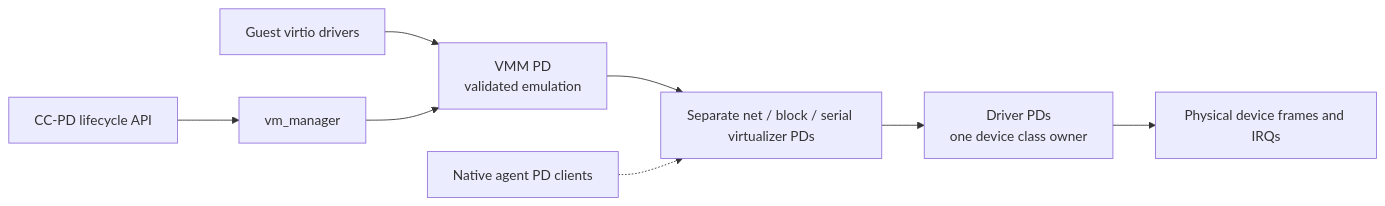
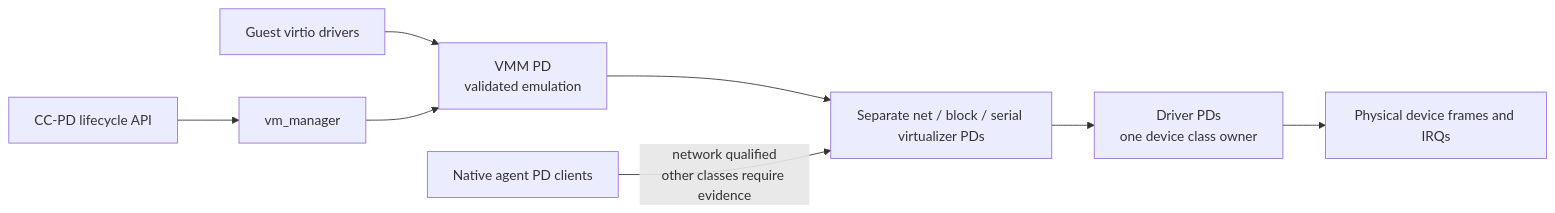
One commit to jordanhubbard/agentos changed the second of 2 diagrams in docs/security-architecture.md. Above: the diagram before and after it, drawn with Mermaid. The commit also changed other lines of this file and 2 other files, not shown here.

First line of the commit message:
docs: show qualified native clients in security architecture

````diff
--- a/docs/security-architecture.md
+++ b/docs/security-architecture.md
@@ -118,10 +122,10 @@
 ```mermaid
 flowchart LR
   guest[Guest virtio drivers] --> vmm[VMM PD<br/>validated emulation]
   vmm --> mux[Separate net / block / serial virtualizer PDs]
-  native[Native agent PD clients] -.-> mux
+  native[Native agent PD clients] -->|network qualified<br/>other classes require evidence| mux
   mux --> drv[Driver PDs<br/>one device class owner]
   drv --> hw[Physical device frames and IRQs]
   cc[CC-PD lifecycle API] --> manager[vm_manager]
   manager --> vmm
 ```
````
